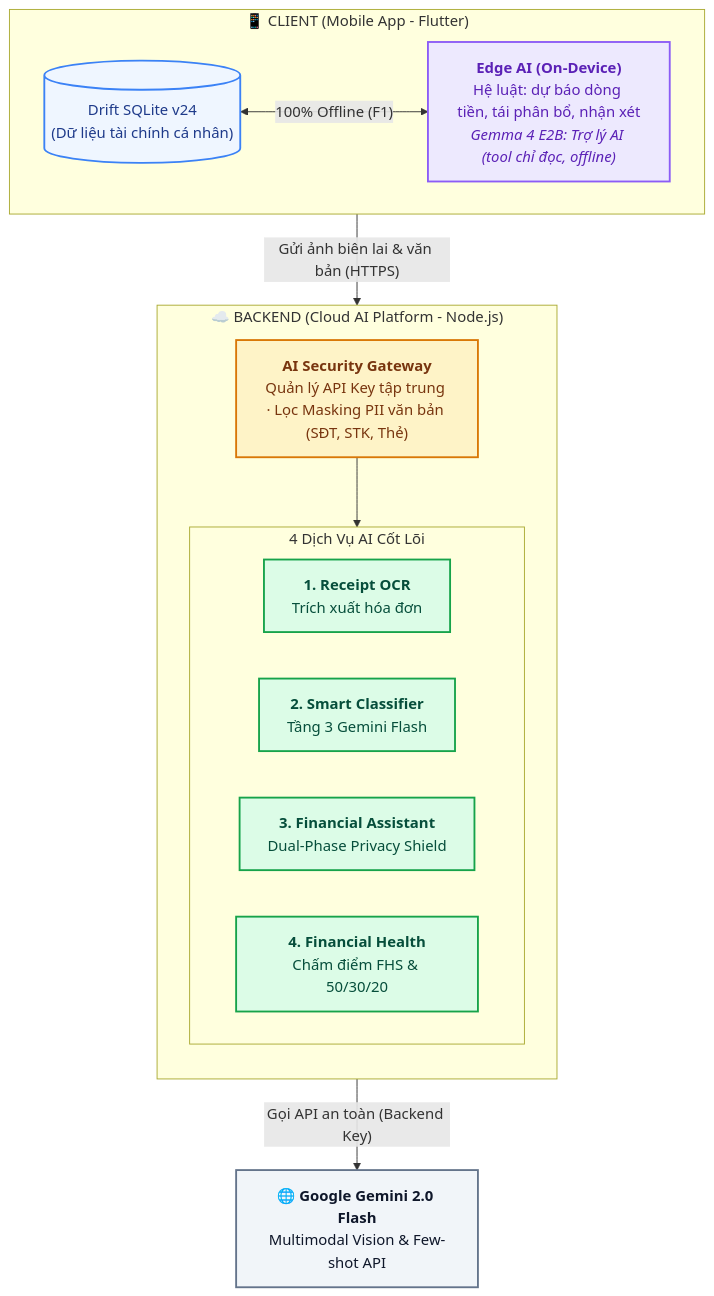
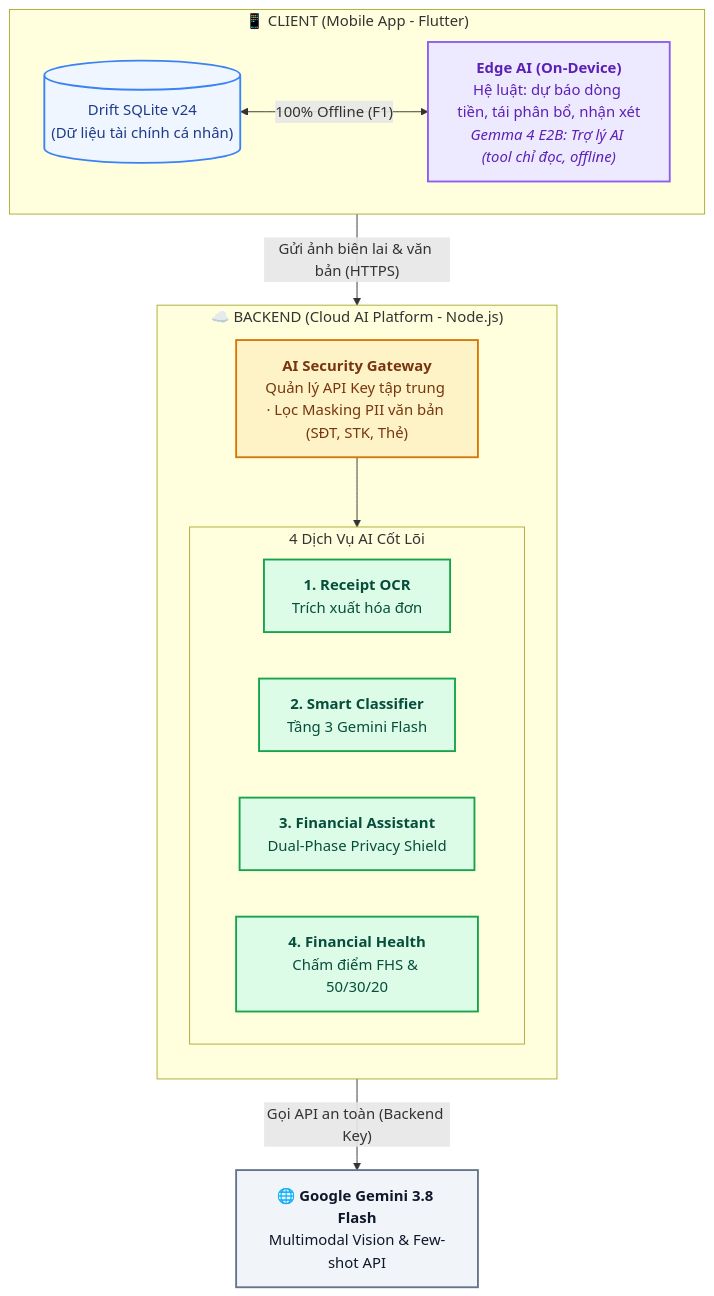
Before and after one commit to NguyenPhuBao/ManagementFinance: the first of 2 diagrams in docs/AI/AI_ARCHITECTURE_DIAGRAM.md, drawn with Mermaid. The commit also changed other lines of this file and 13 other files, not shown here.

````diff
--- a/docs/AI/AI_ARCHITECTURE_DIAGRAM.md
+++ b/docs/AI/AI_ARCHITECTURE_DIAGRAM.md
@@ -10,37 +10,37 @@
 ```mermaid
 flowchart TB
   %% Theme & Styling tối giản, hiện đại
   classDef client fill:#EFF6FF,stroke:#3B82F6,stroke-width:2px,color:#1E3A8A;
   classDef edge fill:#EDE9FE,stroke:#8B5CF6,stroke-width:2px,color:#5B21B6;
   classDef gateway fill:#FEF3C7,stroke:#D97706,stroke-width:2px,color:#78350F;
   classDef service fill:#DCFCE7,stroke:#16A34A,stroke-width:2px,color:#064E3B;
   classDef cloud fill:#F1F5F9,stroke:#64748B,stroke-width:2px,color:#0F172A;
 
   subgraph CLIENT["📱 CLIENT (Mobile App - Flutter)"]
     direction LR
     LOCAL_DB[("Drift SQLite v24<br/>(Dữ liệu tài chính cá nhân)")]:::client
     EDGE_AI["<b>Edge AI (On-Device)</b><br/>Hệ luật: dự báo dòng tiền, tái phân bổ, nhận xét<br/><i>Gemma 4 E2B: Trợ lý AI (tool chỉ đọc, offline)</i>"]:::edge
     LOCAL_DB <-->|"100% Offline (F1)"| EDGE_AI
   end
 
   subgraph BACKEND["☁️ BACKEND (Cloud AI Platform - Node.js)"]
     direction TB
     GATEWAY["<b>AI Security Gateway</b><br/>Quản lý API Key tập trung · Lọc Masking PII văn bản (SĐT, STK, Thẻ)"]:::gateway
 
     subgraph PIPELINES["4 Dịch Vụ AI Cốt Lõi"]
       direction LR
       OCR["<b>1. Receipt OCR</b><br/>Trích xuất hóa đơn"]:::service
       CLASSIFIER["<b>2. Smart Classifier</b><br/>Tầng 3 Gemini Flash"]:::service
       ASSISTANT["<b>3. Financial Assistant</b><br/>Dual-Phase Privacy Shield"]:::service
       HEALTH["<b>4. Financial Health</b><br/>Chấm điểm FHS & 50/30/20"]:::service
     end
 
     GATEWAY --> PIPELINES
   end
 
-  GEMINI["<b>🌐 Google Gemini 2.0 Flash</b><br/>Multimodal Vision & Few-shot API"]:::cloud
+  GEMINI["<b>🌐 Google Gemini 3.8 Flash</b><br/>Multimodal Vision & Few-shot API"]:::cloud
 
   %% Kết nối chính
   CLIENT -->|"Gửi ảnh biên lai & văn bản (HTTPS)"| GATEWAY
   PIPELINES -->|"Gọi API an toàn (Backend Key)"| GEMINI
 ```
````
